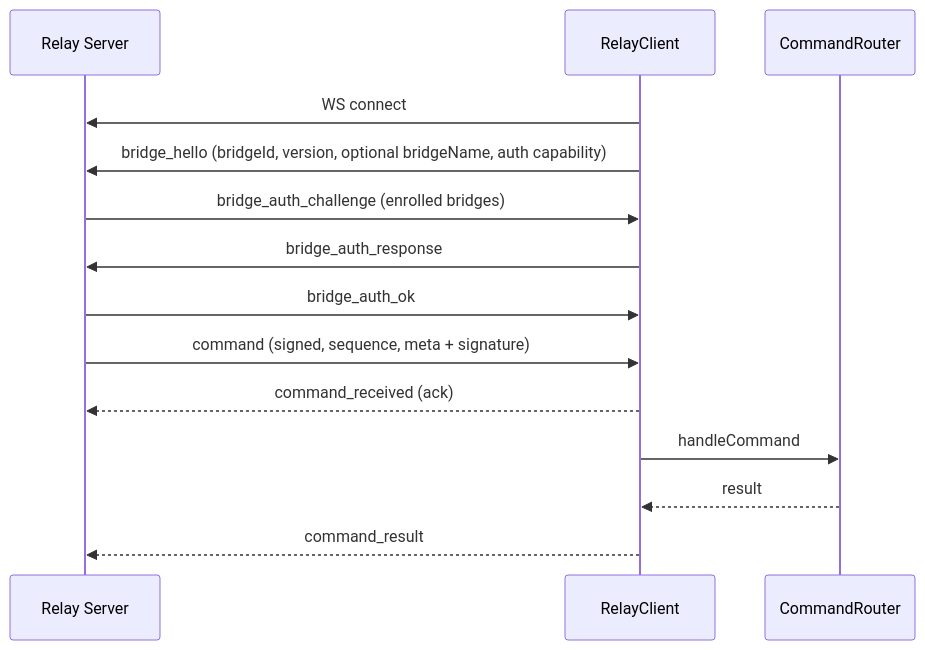
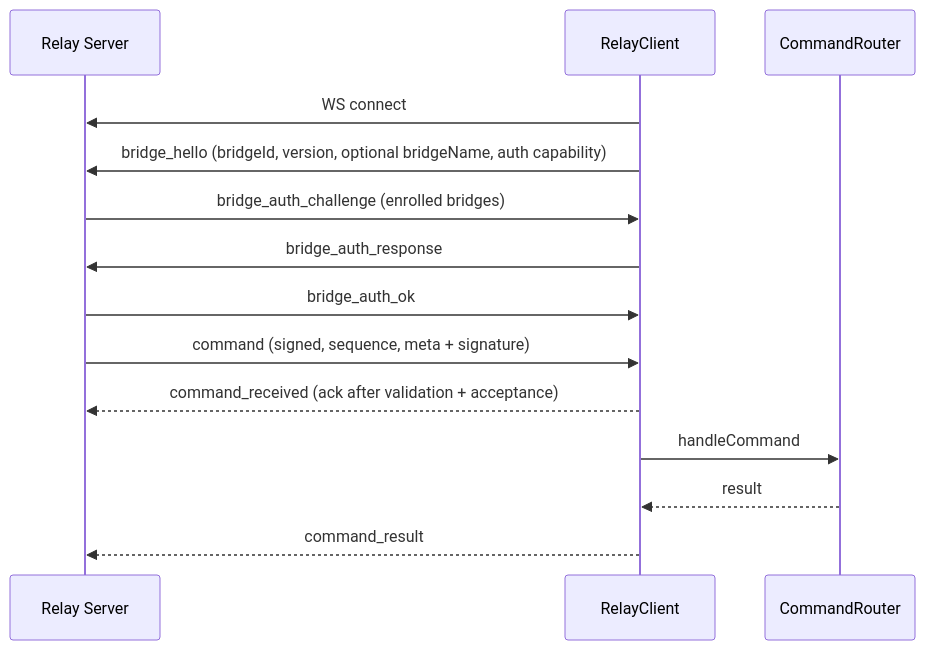
One commit to pivotrecruiting/broadify-bridge changed the diagram in docs/integration/flows/relay-flow.md. Above: the diagram before and after it, drawn with Mermaid. The commit also changed other lines of this file and 10 other files, not shown here.

````diff
--- a/docs/integration/flows/relay-flow.md
+++ b/docs/integration/flows/relay-flow.md
@@ -7,17 +7,17 @@
 ```mermaid
 sequenceDiagram
   participant Relay as Relay Server
   participant Bridge as RelayClient
   participant Router as CommandRouter
 
   Bridge->>Relay: WS connect
   Bridge->>Relay: bridge_hello (bridgeId, version, optional bridgeName, auth capability)
   Relay->>Bridge: bridge_auth_challenge (enrolled bridges)
   Bridge->>Relay: bridge_auth_response
   Relay->>Bridge: bridge_auth_ok
   Relay->>Bridge: command (signed, sequence, meta + signature)
-  Bridge-->>Relay: command_received (ack)
+  Bridge-->>Relay: command_received (ack after validation + acceptance)
   Bridge->>Router: handleCommand
   Router-->>Bridge: result
   Bridge-->>Relay: command_result
 ```
````
